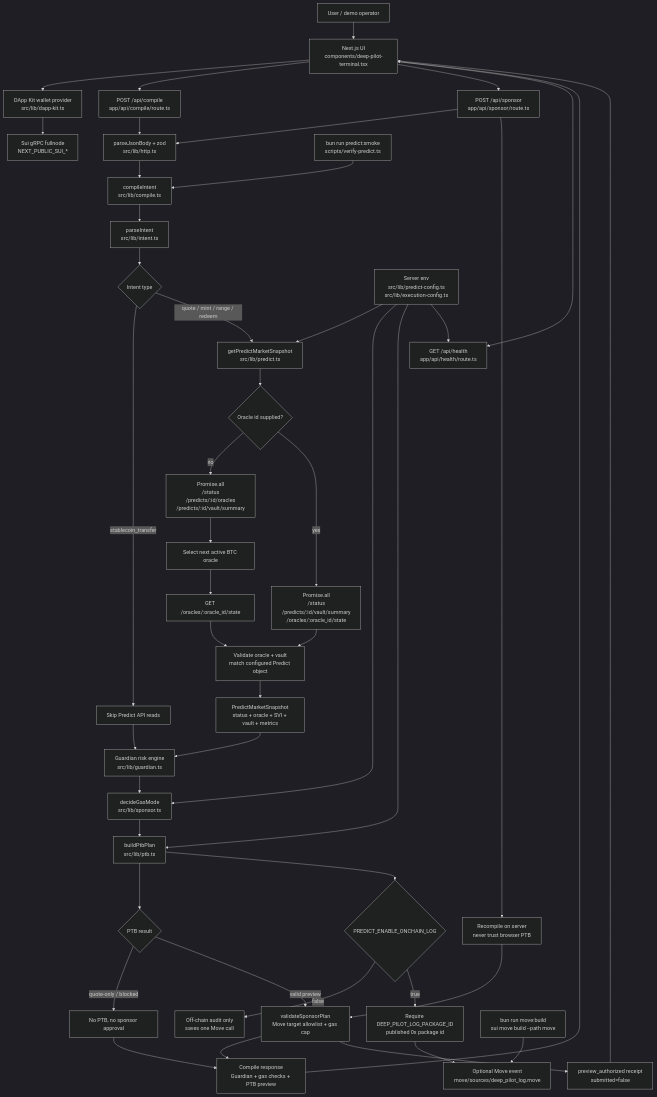
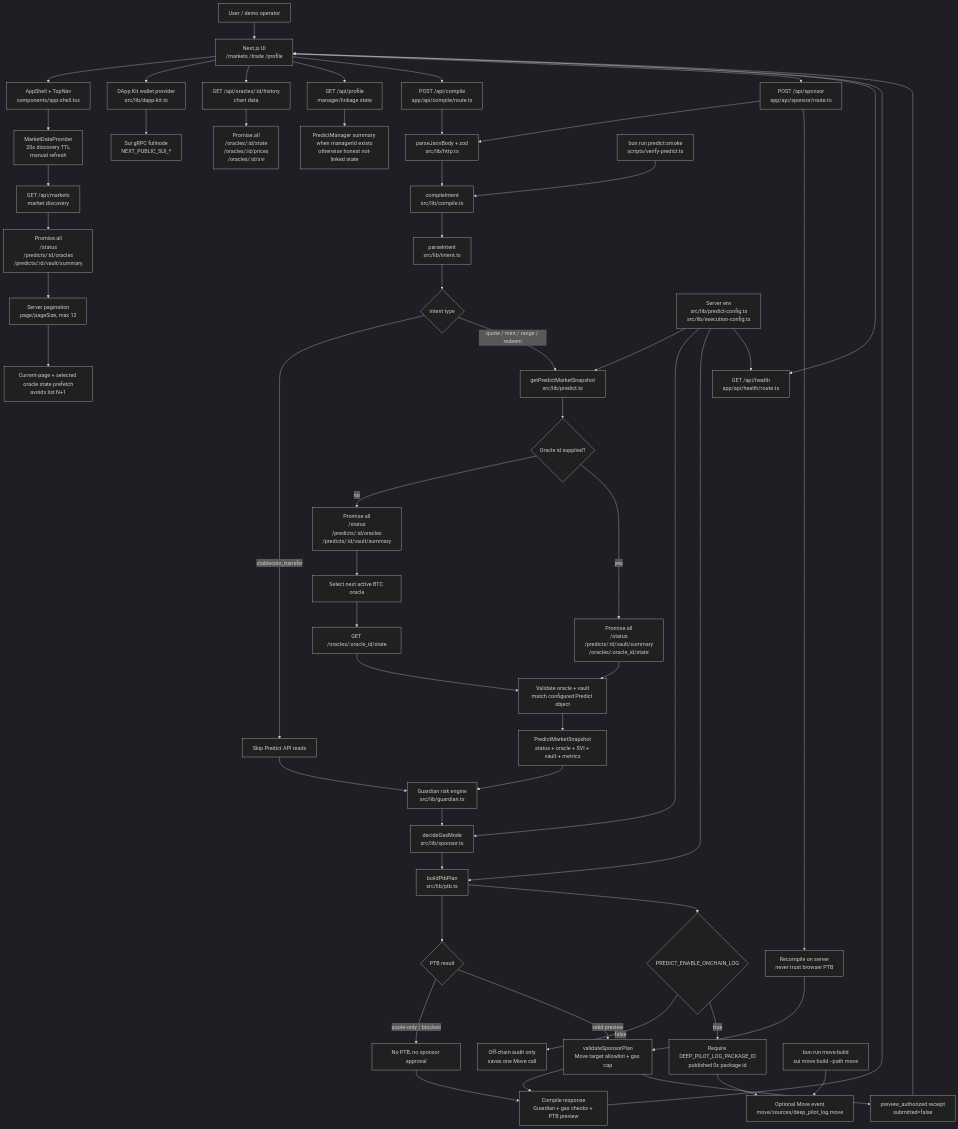
One commit to DudeGuuud/DeepPilot changed the diagram in README.md. Above: the diagram before and after it, drawn with Mermaid (dark theme). The commit also changed other lines of this file and 28 other files, not shown here.

First line of the commit message:
[feat]: rebuild DeepPilot market and trade UX

````diff
--- a/README.md
+++ b/README.md
@@ -25,60 +31,71 @@
 ```mermaid
 flowchart TD
-  User["User / demo operator"] --> UI["Next.js UI\ncomponents/deep-pilot-terminal.tsx"]
+  User["User / demo operator"] --> UI["Next.js UI\n/markets /trade /profile"]
+  UI --> AppShell["AppShell + TopNav\ncomponents/app-shell.tsx"]
+  AppShell --> MarketContext["MarketDataProvider\n20s discovery TTL\nmanual refresh"]
   UI --> Wallet["DApp Kit wallet provider\nsrc/lib/dapp-kit.ts"]
   Wallet --> SuiGrpc["Sui gRPC fullnode\nNEXT_PUBLIC_SUI_*"]
 
+  MarketContext --> MarketsApi["GET /api/markets\nmarket discovery"]
+  UI --> HistoryApi["GET /api/oracles/:id/history\nchart data"]
+  UI --> ProfileApi["GET /api/profile\nmanager/linkage state"]
   UI --> CompileApi["POST /api/compile\napp/api/compile/route.ts"]
   UI --> SponsorApi["POST /api/sponsor\napp/api/sponsor/route.ts"]
   UI --> HealthApi["GET /api/health\napp/api/health/route.ts"]
 
   CompileApi --> BodyGuard["parseJsonBody + zod\nsrc/lib/http.ts"]
   SponsorApi --> BodyGuard
   BodyGuard --> Compiler["compileIntent\nsrc/lib/compile.ts"]
 
   Compiler --> Intent["parseIntent\nsrc/lib/intent.ts"]
   Intent --> IntentGate{"Intent type"}
   IntentGate -->|"stablecoin_transfer"| NoPredictRead["Skip Predict API reads"]
   IntentGate -->|"quote / mint / range / redeem"| PredictRead["getPredictMarketSnapshot\nsrc/lib/predict.ts"]
+
+  MarketsApi --> MarketBatch["Promise.all\n/status\n/predicts/:id/oracles\n/predicts/:id/vault/summary"]
+  MarketBatch --> PageSlice["Server pagination\npage/pageSize, max 12"]
+  PageSlice --> TopNState["Current-page + selected oracle state prefetch\navoids list N+1"]
+  HistoryApi --> HistoryBatch["Promise.all\n/oracles/:id/state\n/oracles/:id/prices\n/oracles/:id/svi"]
+  ProfileApi --> ProfileState["PredictManager summary when managerId exists\notherwise honest not-linked state"]
 
   PredictRead --> OracleMode{"Oracle id supplied?"}
   OracleMode -->|"no"| BatchA["Promise.all\n/status\n/predicts/:id/oracles\n/predicts/:id/vault/summary"]
   BatchA --> SelectOracle["Select next active BTC oracle"]
   SelectOracle --> OracleStateA["GET /oracles/:oracle_id/state"]
 
   OracleMode -->|"yes"| BatchB["Promise.all\n/status\n/predicts/:id/vault/summary\n/oracles/:oracle_id/state"]
   BatchB --> Consistency["Validate oracle + vault\nmatch configured Predict object"]
   OracleStateA --> Consistency
 
   Consistency --> Snapshot["PredictMarketSnapshot\nstatus + oracle + SVI + vault + metrics"]
   NoPredictRead --> Guardian["Guardian risk engine\nsrc/lib/guardian.ts"]
   Snapshot --> Guardian
 
   Guardian --> GasPreview["decideGasMode\nsrc/lib/sponsor.ts"]
   GasPreview --> PTB["buildPtbPlan\nsrc/lib/ptb.ts"]
   PTB --> PTBGate{"PTB result"}
   PTBGate -->|"quote-only / blocked"| NoPTB["No PTB, no sponsor approval"]
   PTBGate -->|"valid preview"| SponsorPolicy["validateSponsorPlan\nMove target allowlist + gas cap"]
 
   SponsorPolicy --> CompileResponse["Compile response\nGuardian + gas checks + PTB preview"]
   NoPTB --> CompileResponse
   CompileResponse --> UI
 
   SponsorApi --> Recompile["Recompile on server\nnever trust browser PTB"]
   Recompile --> SponsorPolicy
   SponsorPolicy --> SponsorReceipt["preview_authorized receipt\nsubmitted=false"]
   SponsorReceipt --> UI
 
   PTB --> AuditGate{"PREDICT_ENABLE_ONCHAIN_LOG"}
   AuditGate -->|"false"| OffchainAudit["Off-chain audit only\nsaves one Move call"]
   AuditGate -->|"true"| AuditPackage["Require DEEP_PILOT_LOG_PACKAGE_ID\npublished 0x package id"]
   AuditPackage --> MoveLog["Optional Move event\nmove/sources/deep_pilot_log.move"]
 
   Env["Server env\nsrc/lib/predict-config.ts\nsrc/lib/execution-config.ts"] --> PredictRead
   Env --> GasPreview
   Env --> PTB
   Env --> HealthApi
 
   Smoke["bun run predict:smoke\nscripts/verify-predict.ts"] --> Compiler
   MoveBuild["bun run move:build\nsui move build --path move"] --> MoveLog
 ```
````
